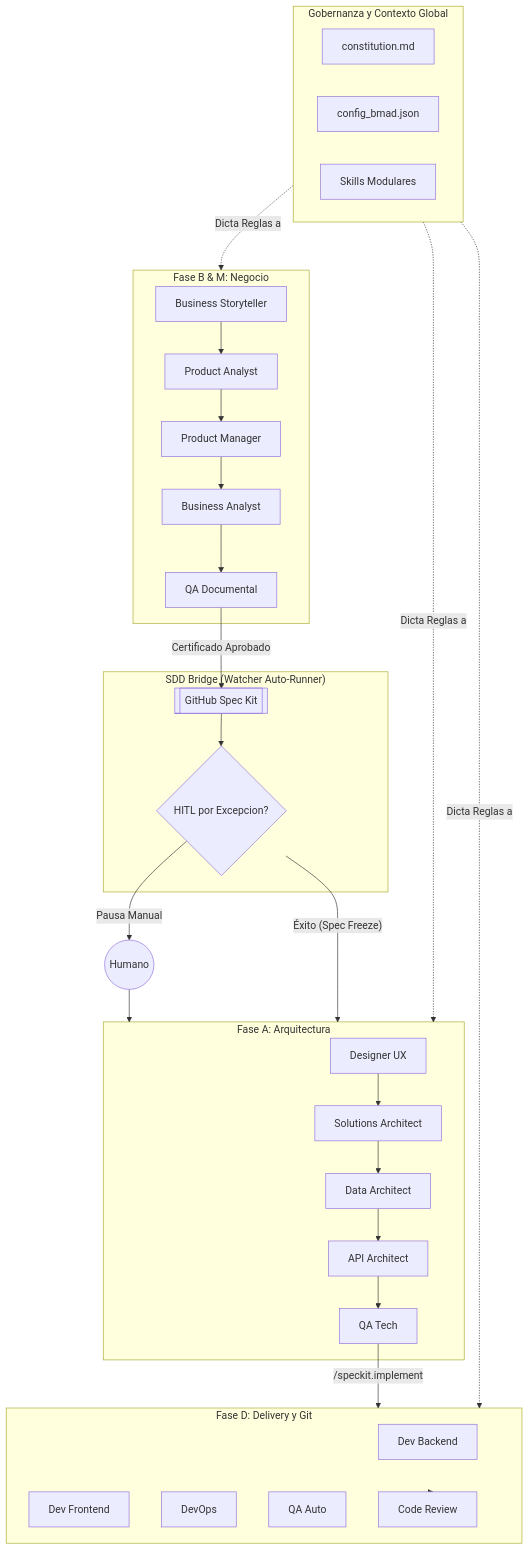
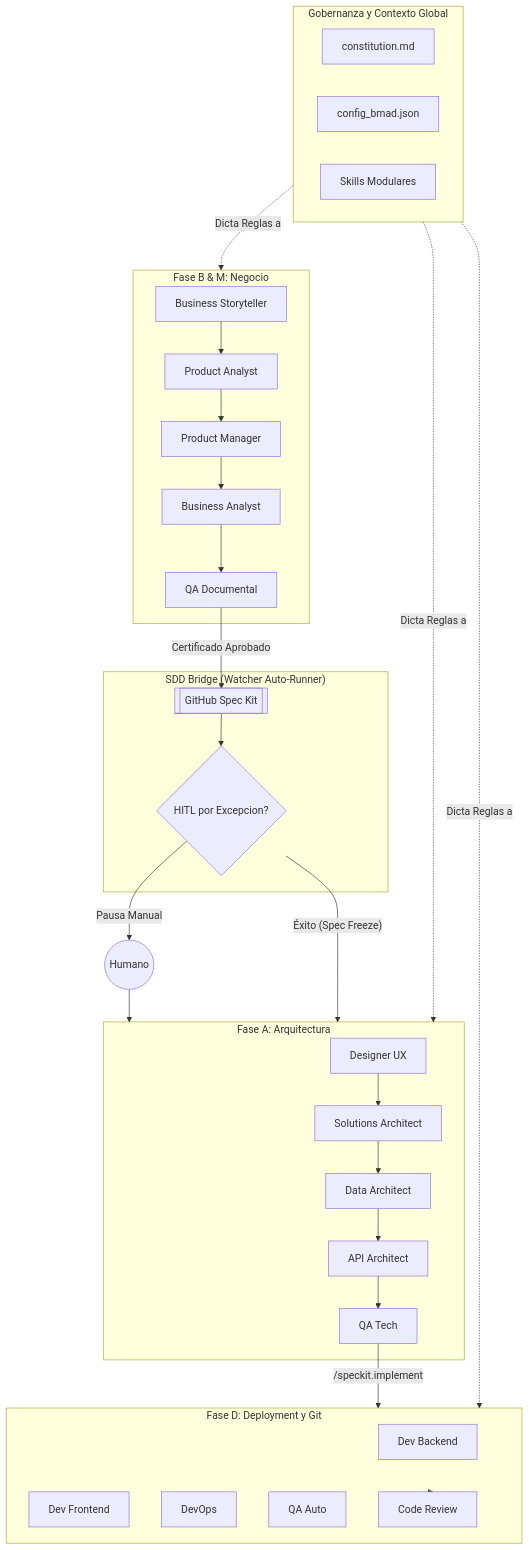
Before and after one commit to pauloravicaceres/template-bmad: the first of 4 diagrams in framework_bmad.md, drawn with Mermaid. The commit also changed other lines of this file and 318 other files, not shown here.

````diff
--- a/framework_bmad.md
+++ b/framework_bmad.md
@@ -66,48 +66,48 @@
 ```mermaid
 flowchart TD
     subgraph Gobernanza["Gobernanza y Contexto Global"]
         CONST[ constitution.md ]
         CONF[ config_bmad.json ]
         SKILLS[ Skills Modulares ]
     end
 
     subgraph Ideacion["Fase B & M: Negocio"]
         BS[Business Storyteller] --> PA[Product Analyst]
         PA --> PM[Product Manager]
         PM --> BA[Business Analyst]
         BA --> QA_DOC[QA Documental]
     end
 
     subgraph SDD["SDD Bridge (Watcher Auto-Runner)"]
         SPEC_KIT[[GitHub Spec Kit]]
         HITL{HITL por Excepcion?}
     end
 
     subgraph Arq["Fase A: Arquitectura"]
         UX[Designer UX] --> SA[Solutions Architect]
         SA --> DA[Data Architect]
         DA --> API[API Architect]
         API --> QT[QA Tech]
     end
 
-    subgraph Delivery["Fase D: Delivery y Git"]
+    subgraph Deployment["Fase D: Deployment y Git"]
         DEV_B[Dev Backend]
         DEV_F[Dev Frontend]
         DEVOPS[DevOps]
         QA_A[QA Auto]
         CR[Code Review]
     end
 
     QA_DOC -- "Certificado Aprobado" --> SPEC_KIT
     SPEC_KIT --> HITL
     HITL -- "Pausa Manual" --> Humano((Humano))
     Humano --> Arq
     HITL -- "Éxito (Spec Freeze)" --> Arq
     
-    QT -- "/speckit.implement" --> Delivery
-    Delivery --> CR
+    QT -- "/speckit.implement" --> Deployment
+    Deployment --> CR
 
     Gobernanza -. "Dicta Reglas a" .-> Ideacion
     Gobernanza -. "Dicta Reglas a" .-> Arq
-    Gobernanza -. "Dicta Reglas a" .-> Delivery
+    Gobernanza -. "Dicta Reglas a" .-> Deployment
 ```
````
